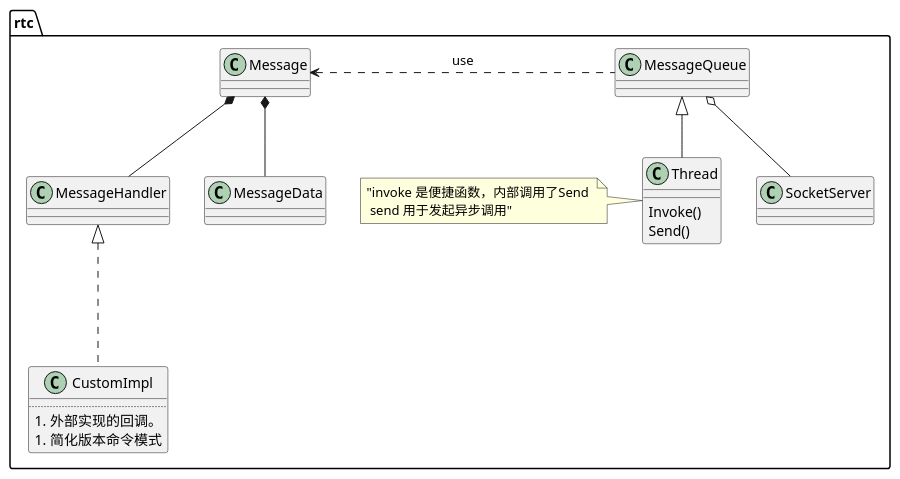
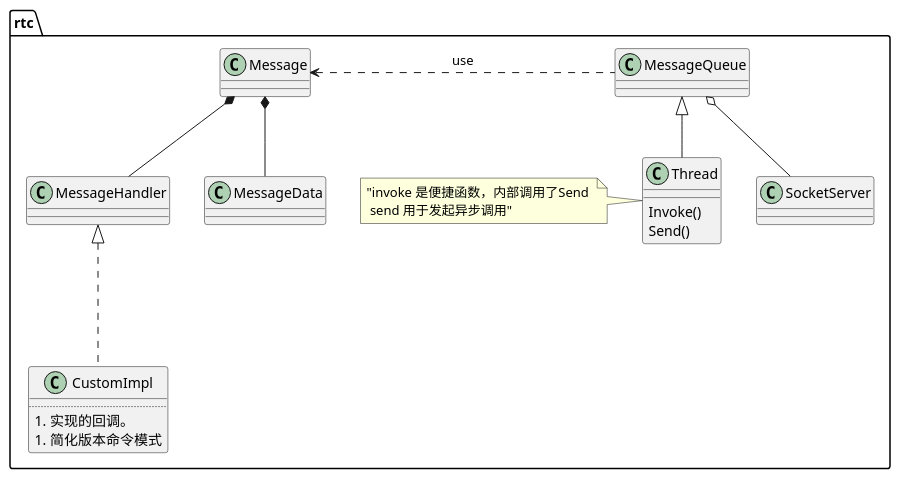
Before and after one commit to mingxin505/webrtcNote: the diagram in webrtc_chrome/Thread.md, drawn with PlantUML. The commit also changed other lines of this file and 4 other files, not shown here.

````diff
--- a/webrtc_chrome/Thread.md
+++ b/webrtc_chrome/Thread.md
@@ -4,23 +4,23 @@
 ```plantuml
 @startuml
 package rtc {
     class Thread {
         Invoke() 
         Send() 
     }
     note left: "invoke 是便捷函数，内部调用了Send \n send 用于发起异步调用"
     Thread -up-|> MessageQueue
     MessageQueue ..left.> Message : use
     MessageQueue o-- SocketServer
     Message *-- MessageHandler
     Message *-- MessageData
 
     MessageHandler <|... CustomImpl
     class CustomImpl {
         ....
-        1. 外部实现的回调。
+        1. 实现的回调。
         1. 简化版本命令模式
     }
 }
 @enduml
 ```
````
